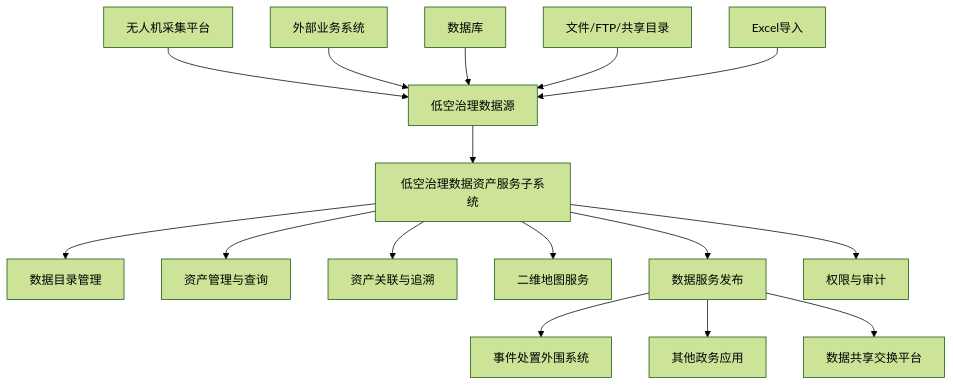
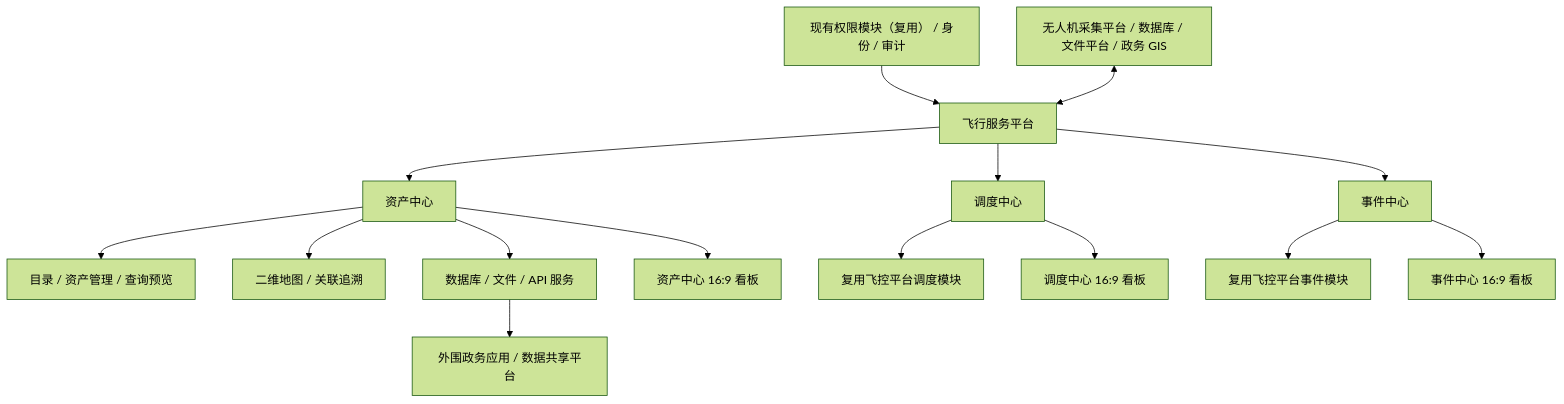
Before and after one commit to JiaHaoJerry/JiaHaoJerry.github.io: the first of 10 diagrams in prd/index.md, drawn with Mermaid (forest theme). The commit also changed other lines of this file and 6 other files, not shown here.

````diff
--- a/prd/index.md
+++ b/prd/index.md
@@ -144,21 +147,21 @@
 ```mermaid
 flowchart TB
-    A[低空治理数据源] --> B[低空治理数据资产服务子系统]
+    A[飞行服务平台]
+    A --> B[资产中心]
+    A --> C[调度中心]
+    A --> D[事件中心]
 
-    A1[无人机采集平台] --> A
-    A2[外部业务系统] --> A
-    A3[数据库] --> A
-    A4[文件/FTP/共享目录] --> A
-    A5[Excel导入] --> A
+    B --> B1[目录 / 资产管理 / 查询预览]
+    B --> B2[二维地图 / 关联追溯]
+    B --> B3[数据库 / 文件 / API 服务]
+    C --> C1[复用飞控平台调度模块]
+    D --> D1[复用飞控平台事件模块]
 
-    B --> C[数据目录管理]
-    B --> D[资产管理与查询]
-    B --> E[资产关联与追溯]
-    B --> F[二维地图服务]
-    B --> G[数据服务发布]
-    B --> H[权限与审计]
+    B --> E[资产中心 16:9 看板]
+    C --> F[调度中心 16:9 看板]
+    D --> G[事件中心 16:9 看板]
 
-    G --> I[事件处置外围系统]
-    G --> J[其他政务应用]
-    G --> K[数据共享交换平台]
+    H[现有权限模块（复用） / 身份 / 审计] --> A
+    I[无人机采集平台 / 数据库 / 文件平台 / 政务 GIS] <--> A
+    B3 --> J[外围政务应用 / 数据共享平台]
 ```
````
